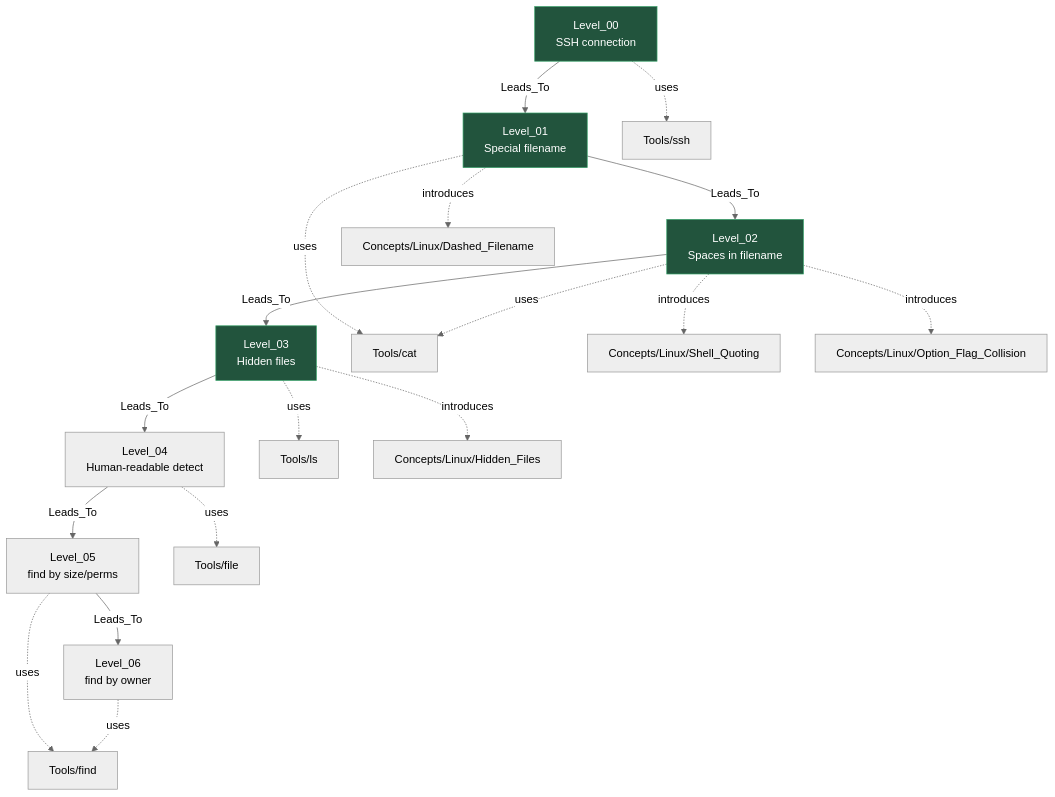
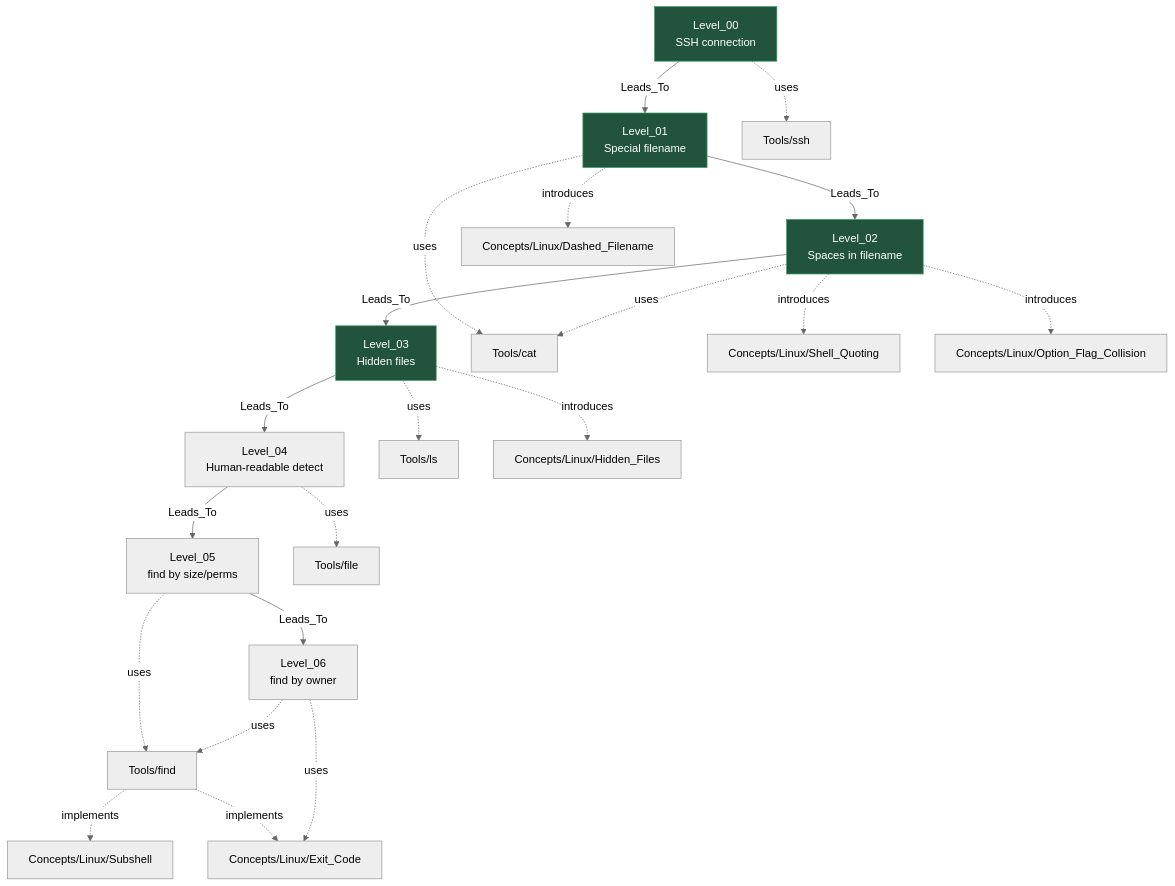
The diagram in _MOC/MOC_Bandit.md (JunyoungCho07/security-writeups), drawn with Mermaid (neutral theme) before and after one commit. The commit also changed other lines of this file and 4 other files, not shown here.

First line of the commit message:
feat(concepts): add Subshell, Exit_Code atoms + find tool reference

````diff
--- a/_MOC/MOC_Bandit.md
+++ b/_MOC/MOC_Bandit.md
@@ -15,42 +15,49 @@
 ```mermaid
 graph TD
     L00[Level_00<br/>SSH connection]
     L01[Level_01<br/>Special filename]
     L02[Level_02<br/>Spaces in filename]
     L03[Level_03<br/>Hidden files]
     L04[Level_04<br/>Human-readable detect]
     L05[Level_05<br/>find by size/perms]
     L06[Level_06<br/>find by owner]
 
     L00 -->|Leads_To| L01
     L01 -->|Leads_To| L02
     L02 -->|Leads_To| L03
     L03 -->|Leads_To| L04
     L04 -->|Leads_To| L05
     L05 -->|Leads_To| L06
 
     L00 -.->|uses| T_SSH[Tools/ssh]
     L01 -.->|uses| T_CAT[Tools/cat]
     L01 -.->|introduces| C_DASH[Concepts/Linux/Dashed_Filename]
     L02 -.->|uses| T_CAT
     L02 -.->|introduces| C_QUOTE[Concepts/Linux/Shell_Quoting]
     L02 -.->|introduces| C_OPT[Concepts/Linux/Option_Flag_Collision]
     L03 -.->|uses| T_LS[Tools/ls]
     L03 -.->|introduces| C_HIDDEN[Concepts/Linux/Hidden_Files]
     L04 -.->|uses| T_FILE[Tools/file]
     L05 -.->|uses| T_FIND[Tools/find]
     L06 -.->|uses| T_FIND
 
+    %% Foundational concepts (general-purpose, not tied to single level)
+    C_SUBSHELL[Concepts/Linux/Subshell]
+    C_EXITCODE[Concepts/Linux/Exit_Code]
+    T_FIND -.->|implements| C_SUBSHELL
+    T_FIND -.->|implements| C_EXITCODE
+    L06 -.->|uses| C_EXITCODE
+
     click L00 "Wargames/Bandit/Level_00.md"
     click L01 "Wargames/Bandit/Level_01.md"
     click L02 "Wargames/Bandit/Level_02.md"
     click L03 "Wargames/Bandit/Level_03.md"
     click L04 "Wargames/Bandit/Level_04.md"
     click L05 "Wargames/Bandit/Level_05.md"
     click L06 "Wargames/Bandit/Level_06.md"
 
     style L00 fill:#22543d,stroke:#38a169,color:#fff
     style L01 fill:#22543d,stroke:#38a169,color:#fff
     style L02 fill:#22543d,stroke:#38a169,color:#fff
     style L03 fill:#22543d,stroke:#38a169,color:#fff
 ```
````
